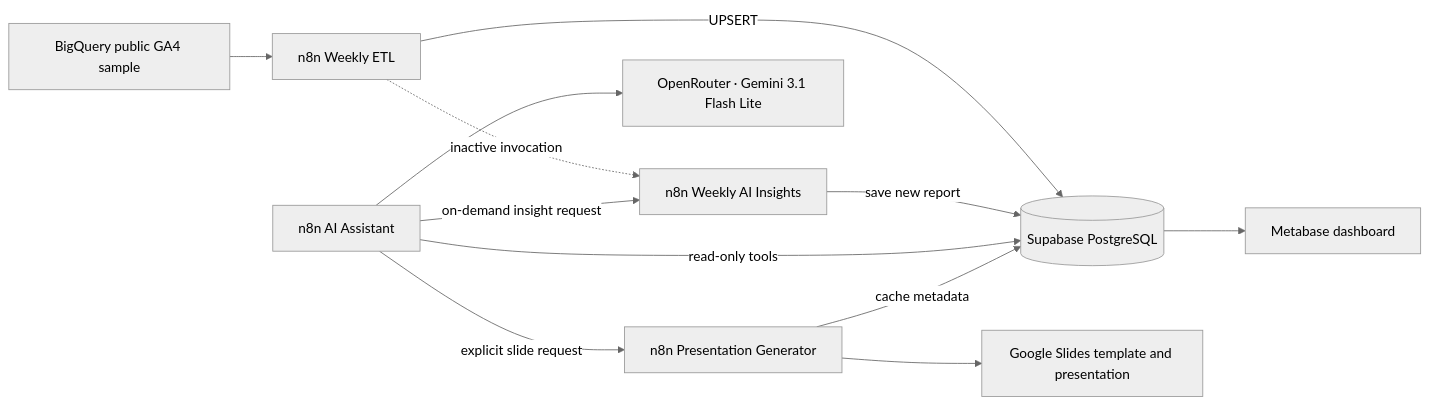
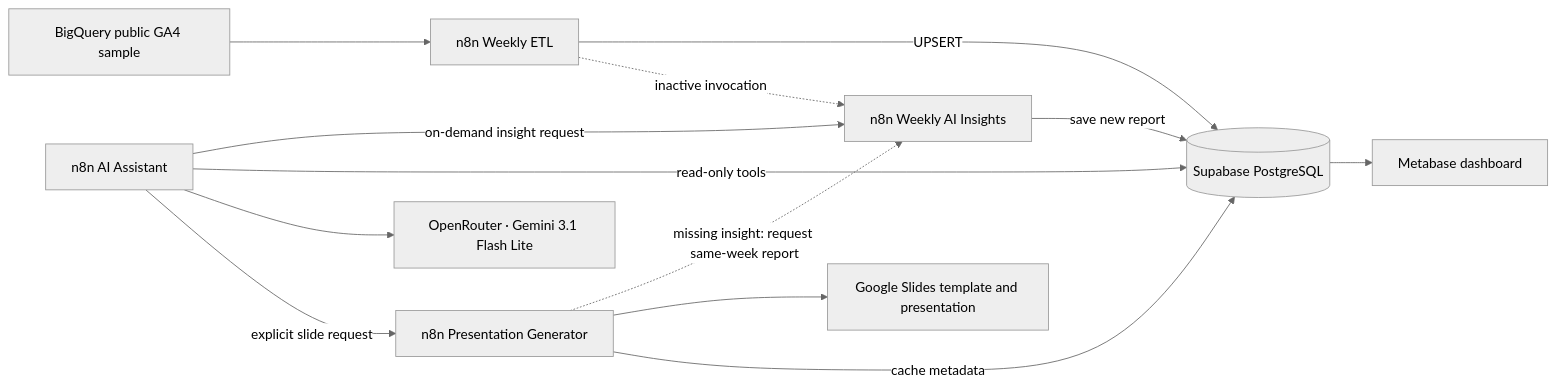
The diagram in README.md (cizmeli/ga4-ai-analytics-automation), drawn with Mermaid (neutral theme) before and after one commit. The commit also changed other lines of this file, not shown here.

Commit message:
docs: add missing-insight presentation fallback

````diff
--- a/README.md
+++ b/README.md
@@ -22,14 +22,15 @@
 ```mermaid
 flowchart LR
   BQ[BigQuery public GA4 sample] --> ETL[n8n Weekly ETL]
   ETL -->|UPSERT| PG[(Supabase PostgreSQL)]
   ETL -. inactive invocation .-> INS[n8n Weekly AI Insights]
   CHAT[n8n AI Assistant] -->|on-demand insight request| INS
   INS -->|save new report| PG
   PG --> MB[Metabase dashboard]
   CHAT -->|read-only tools| PG
   CHAT --> OR[OpenRouter · Gemini 3.1 Flash Lite]
   CHAT -->|explicit slide request| PRES[n8n Presentation Generator]
+  PRES -. missing insight: request same-week report .-> INS
   PRES --> SL[Google Slides template and presentation]
   PRES -->|cache metadata| PG
 ```
````
